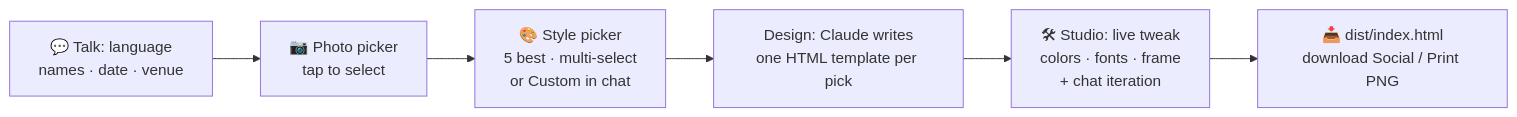
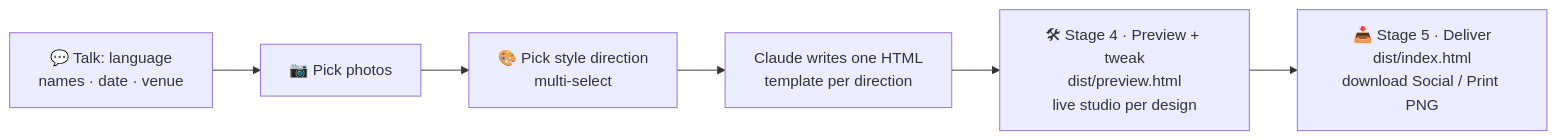
One commit to wyx-sg/wedding-invitation-skill changed the diagram in README.md. Above: the diagram before and after it, drawn with Mermaid. The commit also changed other lines of this file and 1 other file, not shown here.

First line of the commit message:
README: update flow description for the Stage 4 / Stage 5 split

````diff
--- a/README.md
+++ b/README.md
@@ -92,8 +89,8 @@
 ```mermaid
 flowchart LR
-    A[💬 Talk: language<br/>names · date · venue] --> P[📷 Photo picker<br/>tap to select]
-    P --> S[🎨 Style picker<br/>5 best · multi-select<br/>or Custom in chat]
-    S --> D[Design: Claude writes<br/>one HTML template per pick]
-    D --> T[🛠 Studio: live tweak<br/>colors · fonts · frame<br/>+ chat iteration]
-    T --> O[📥 dist/index.html<br/>download Social / Print PNG]
+    A[💬 Talk: language<br/>names · date · venue] --> P[📷 Pick photos]
+    P --> S[🎨 Pick style direction<br/>multi-select]
+    S --> D[Claude writes one HTML<br/>template per direction]
+    D --> ST[🛠 Stage 4 · Preview + tweak<br/>dist/preview.html<br/>live studio per design]
+    ST --> DL[📥 Stage 5 · Deliver<br/>dist/index.html<br/>download Social / Print PNG]
 ```
````
